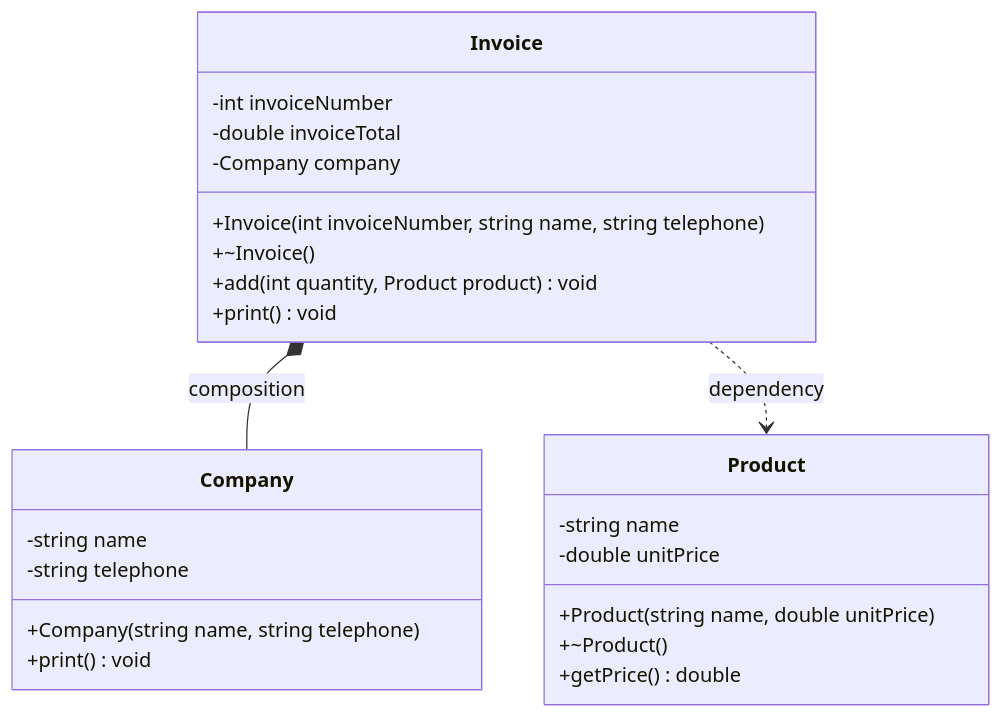
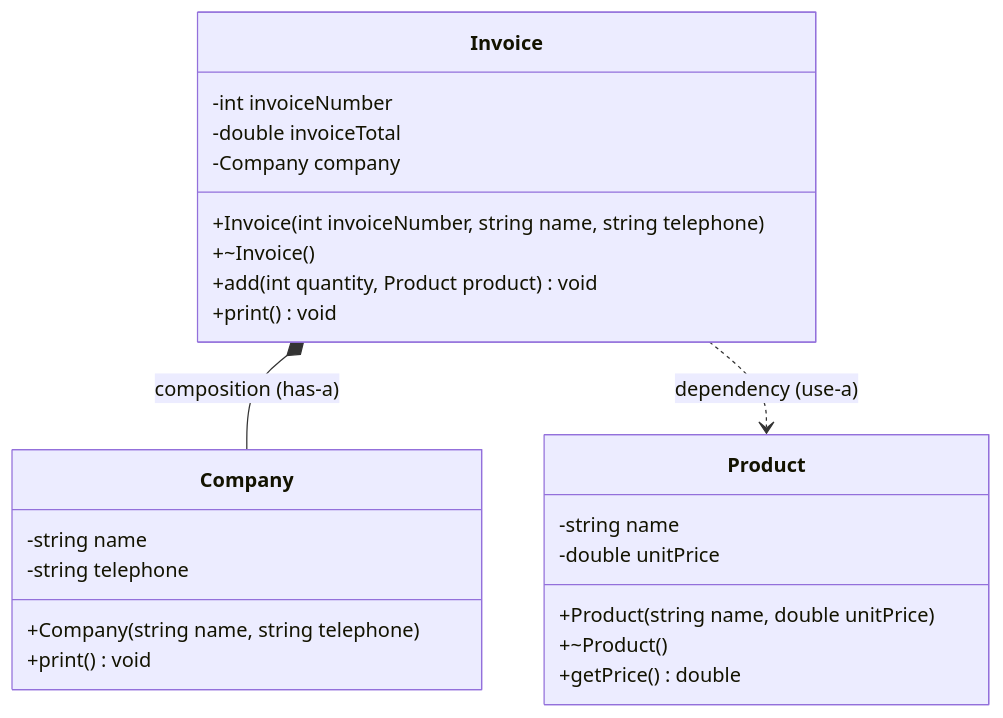
The diagram in README.md (MinEulSuk/cpp02), drawn with Mermaid before and after one commit.

Commit message:
modified README.md by mermaid

````diff
--- a/README.md
+++ b/README.md
@@ -7,30 +7,30 @@
 ```mermaid
 classDiagram
     class Company {
         -string name
         -string telephone
         +Company(string name, string telephone)
         +print() void
     }
 
     class Product {
         -string name
         -double unitPrice
         +Product(string name, double unitPrice)
         +~Product()
         +getPrice() double
     }
 
     class Invoice {
         -int invoiceNumber
         -double invoiceTotal
         -Company company
         +Invoice(int invoiceNumber, string name, string telephone)
         +~Invoice()
         +add(int quantity, Product product) void
         +print() void
     }
 
-    Invoice *-- Company : composition
-    Invoice ..> Product : dependency
+    Invoice *-- Company : composition (has-a)
+    Invoice ..> Product : dependency (use-a)
 ```
````
